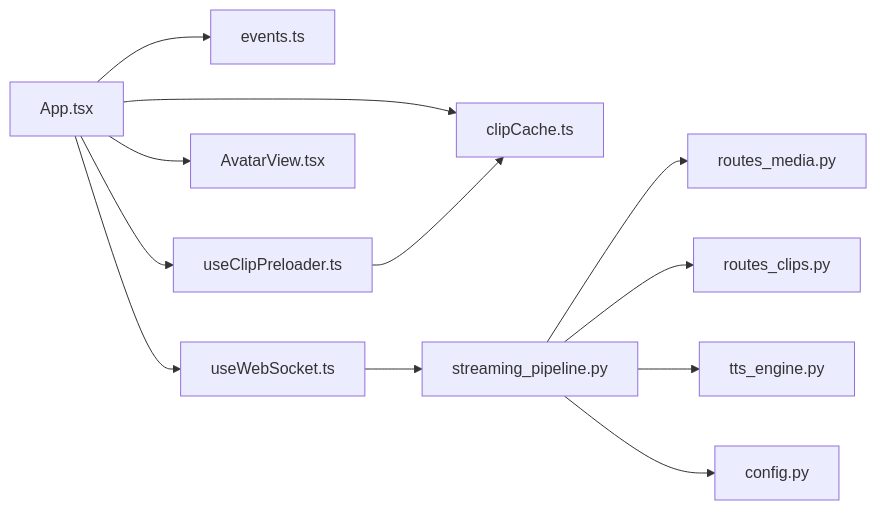
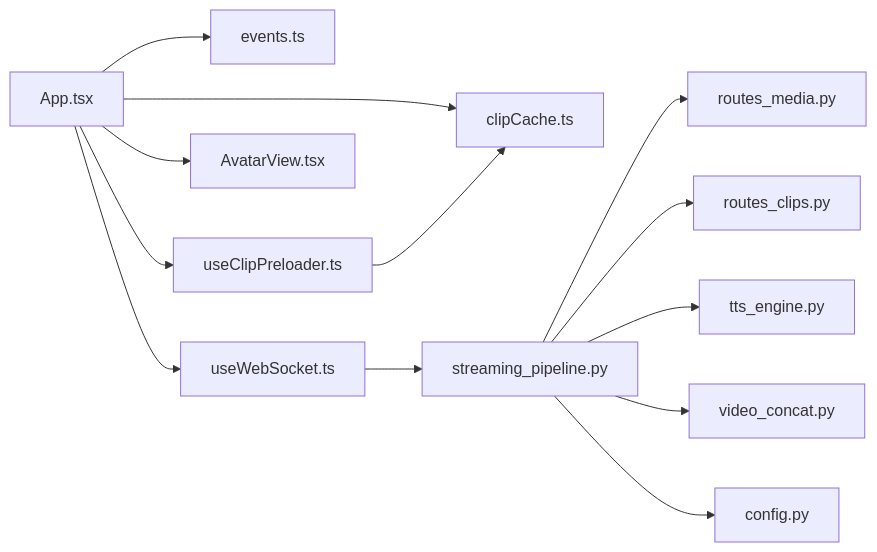
One commit to leo21cn/real-time-talk changed the sixth of 6 diagrams in .qoder/repowiki/zh/content/前端应用/虚拟形象系统.md. Above: the diagram before and after it, drawn with Mermaid. The commit also changed other lines of this file and 9 other files, not shown here.

````diff
--- a/.qoder/repowiki/zh/content/前端应用/虚拟形象系统.md
+++ b/.qoder/repowiki/zh/content/前端应用/虚拟形象系统.md
@@ -359,14 +383,15 @@
 ```mermaid
 graph LR
 App["App.tsx"] --> Events["events.ts"]
 App --> WS["useWebSocket.ts"]
 App --> AV["AvatarView.tsx"]
 App --> Cache["clipCache.ts"]
 App --> Preload["useClipPreloader.ts"]
 WS --> Pipe["streaming_pipeline.py"]
 Pipe --> Media["routes_media.py"]
 Pipe --> Clips["routes_clips.py"]
 Pipe --> TTS["tts_engine.py"]
+Pipe --> Concat["video_concat.py"]
 Pipe --> Config["config.py"]
 Preload --> Cache
 ```
````
